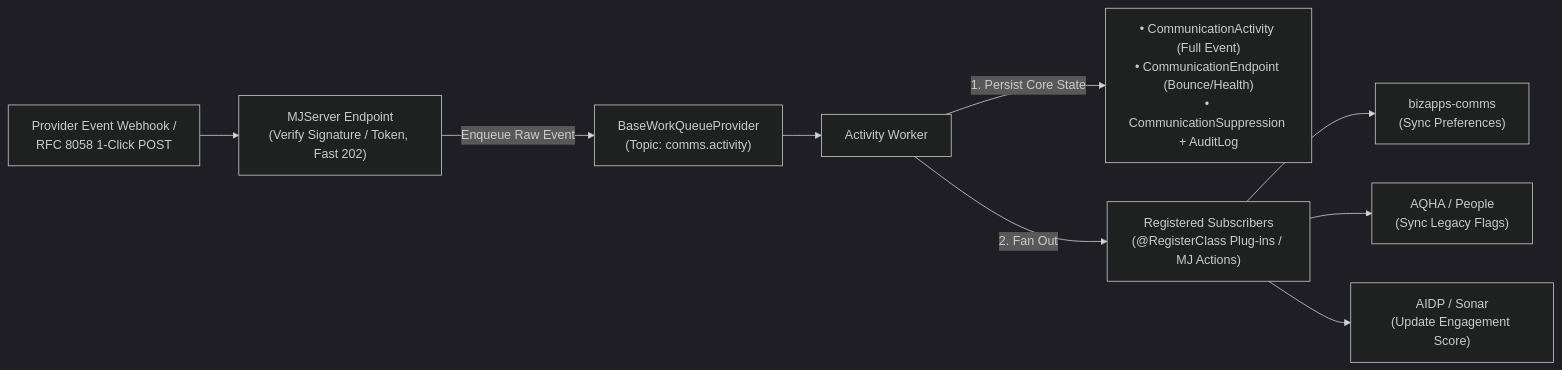
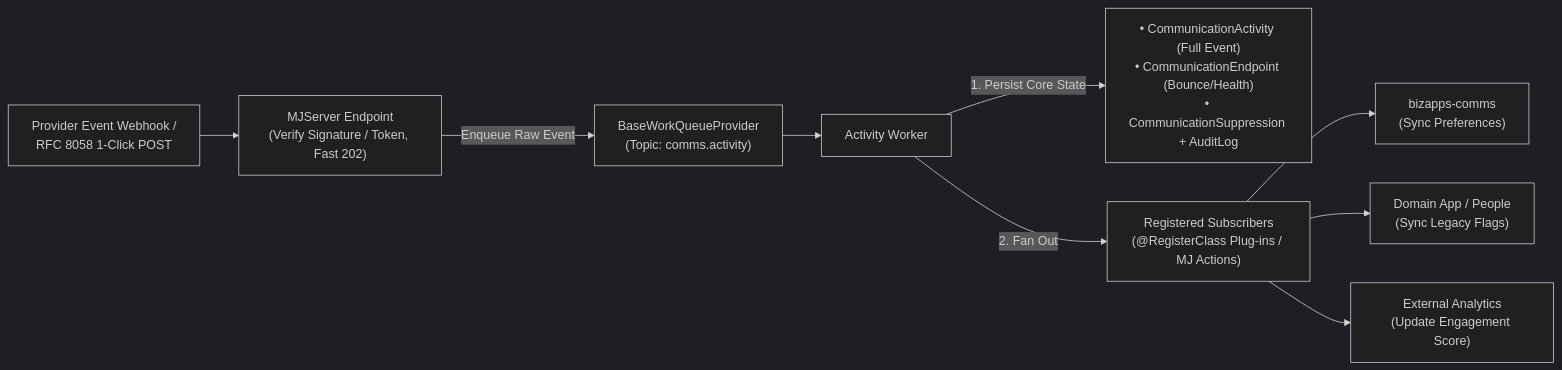
The second of 2 diagrams in plans/comms-v2/comms-v2-high-level-design.md (MemberJunction/MJ), drawn with Mermaid (dark theme) before and after one commit. The commit also changed other lines of this file and 42 other files, not shown here.

````diff
--- a/plans/comms-v2/comms-v2-high-level-design.md
+++ b/plans/comms-v2/comms-v2-high-level-design.md
@@ -100,11 +100,11 @@
 ```mermaid
 flowchart LR
     Provider["Provider Event Webhook /<br/>RFC 8058 1-Click POST"] --> API["MJServer Endpoint<br/>(Verify Signature / Token, Fast 202)"]
     API -->|"Enqueue Raw Event"| Queue["BaseWorkQueueProvider<br/>(Topic: comms.activity)"]
     Queue --> Worker["Activity Worker"]
     Worker -->|"1. Persist Core State"| CoreDB["• CommunicationActivity (Full Event)<br/>• CommunicationEndpoint (Bounce/Health)<br/>• CommunicationSuppression + AuditLog"]
     Worker -->|"2. Fan Out"| Subs["Registered Subscribers<br/>(@RegisterClass Plug-ins / MJ Actions)"]
     Subs --> BizApps["bizapps-comms<br/>(Sync Preferences)"]
-    Subs --> Domain["AQHA / People<br/>(Sync Legacy Flags)"]
-    Subs --> External["AIDP / Sonar<br/>(Update Engagement Score)"]
+    Subs --> Domain["Domain App / People<br/>(Sync Legacy Flags)"]
+    Subs --> External["External Analytics<br/>(Update Engagement Score)"]
 ```
````
